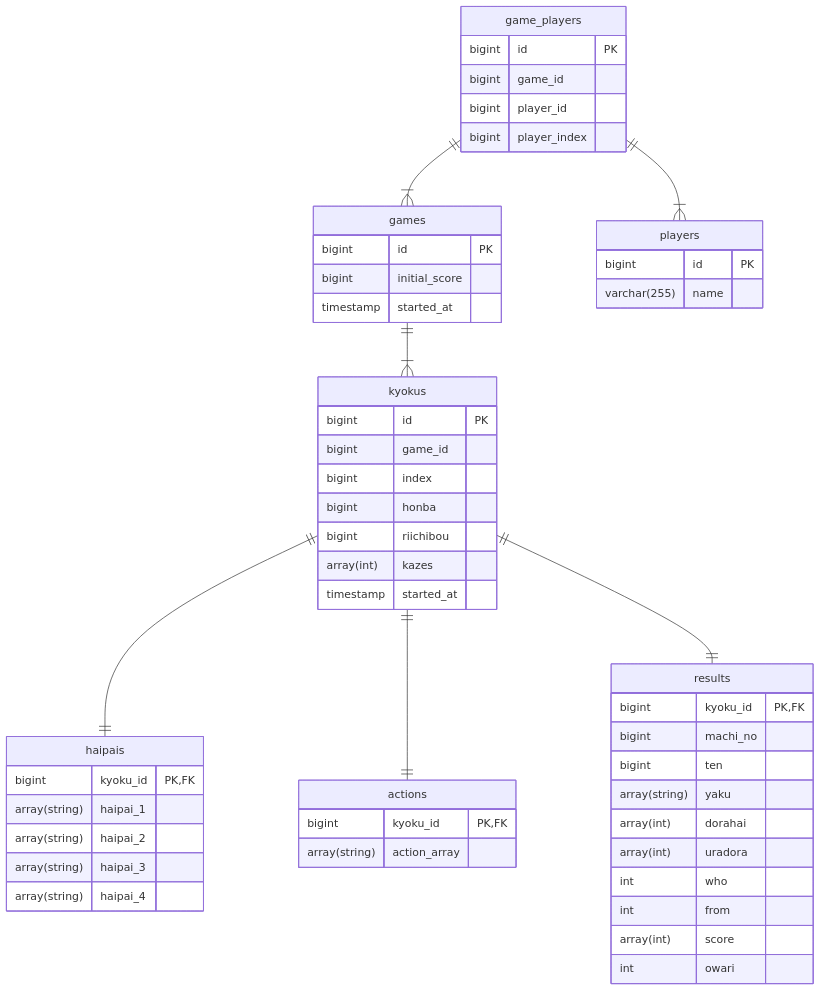
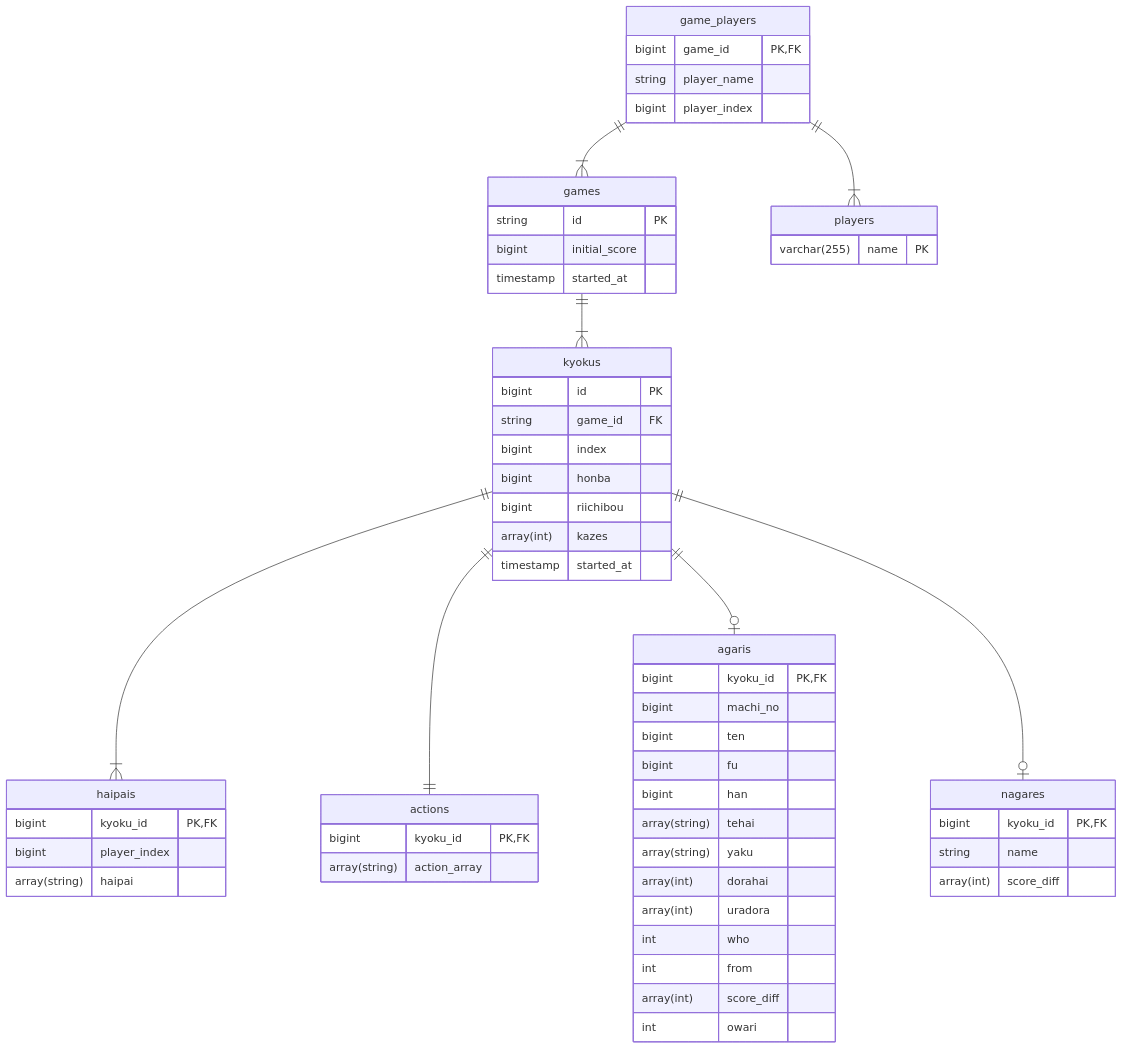
One commit to kackyt/mahjong-etl changed the diagram in er/mahjong.md. Above: the diagram before and after it, drawn with Mermaid. The commit also changed 3 other files, not shown here.

````diff
--- a/er/mahjong.md
+++ b/er/mahjong.md
@@ -1,60 +1,67 @@
 ```mermaid
 erDiagram
   game_players ||--|{ games : ""
   game_players ||--|{ players : ""
   games ||--|{ kyokus : ""
-  kyokus ||--|| haipais : ""
+  kyokus ||--|{ haipais : ""
   kyokus ||--|| actions : ""
-  kyokus ||--|| results : ""
+  kyokus ||--o| agaris : ""
+  kyokus ||--o| nagares : ""
 
   players {
-    bigint id PK
-    varchar(255) name
+    varchar(255) name PK
   }
   kyokus {
     bigint id PK
-    bigint game_id
+    string game_id FK
     bigint index
     bigint honba
     bigint riichibou
     array(int) kazes
     timestamp started_at
   }
 
   haipais {
     bigint kyoku_id PK,FK
-    array(string) haipai_1
-    array(string) haipai_2
-    array(string) haipai_3
-    array(string) haipai_4
+    bigint player_index
+    array(string) haipai
   }
 
   actions {
     bigint kyoku_id PK,FK
     array(string) action_array
   }
 
-  results {
+  agaris {
     bigint kyoku_id PK,FK
     bigint machi_no
     bigint ten
+    bigint fu
+    bigint han
+    array(string) tehai
     array(string) yaku
     array(int) dorahai
     array(int) uradora
     int who
     int from
-    array(int) score
+    array(int) score_diff
     int owari
   }
+
+  nagares {
+    bigint kyoku_id PK,FK
+    string name
+    array(int) score_diff
+  }
+
   game_players {
-    bigint id PK
-    bigint game_id
-    bigint player_id
+    bigint game_id PK, FK
+    string player_name
     bigint player_index
   }
   games {
-    bigint id PK
+    string id PK
     bigint initial_score
     timestamp started_at
   }
 ```
````
